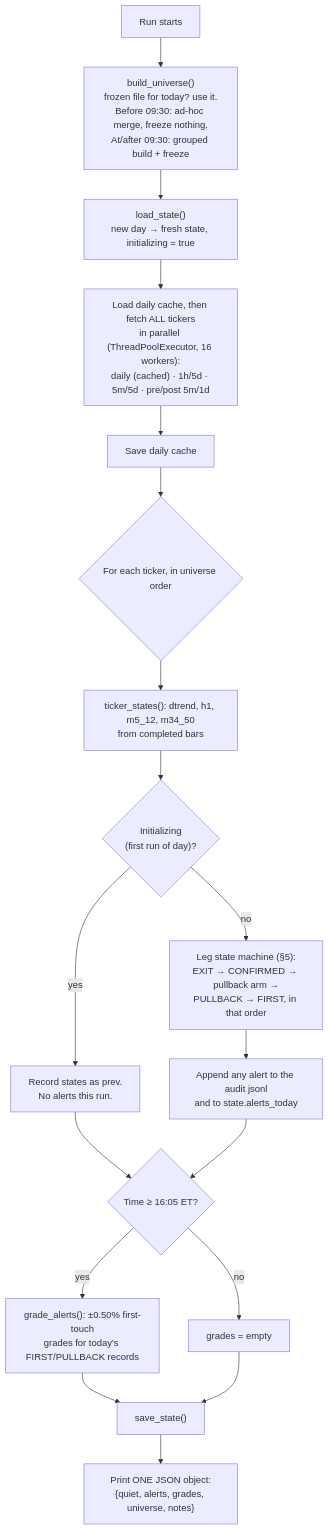
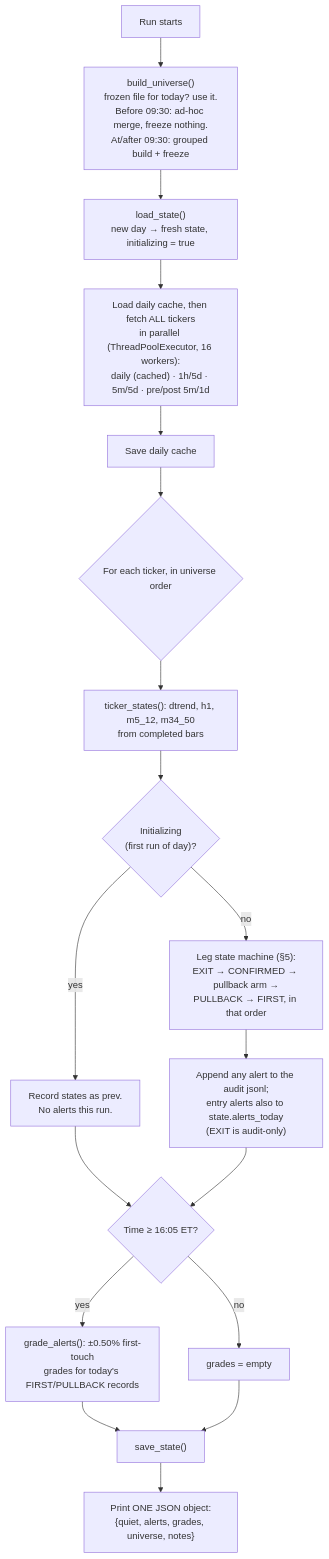
One commit to itsmerajs/IntradayClouds changed the second of 3 diagrams in README.md. Above: the diagram before and after it, drawn with Mermaid. The commit also changed other lines of this file, not shown here.

Commit message:
README reverify pass: 7 corrections (stopword count, EXIT alerts_today scope, skipped-candidate fields, expiry wording, bench tagging, diagram fix)

````diff
--- a/README.md
+++ b/README.md
@@ -150,20 +150,20 @@
 ```mermaid
 flowchart TD
     A["Run starts"] --> B["build_universe()<br/>frozen file for today? use it.<br/>Before 09:30: ad-hoc merge, freeze nothing.<br/>At/after 09:30: grouped build + freeze"]
     B --> C["load_state()<br/>new day → fresh state, initializing = true"]
     C --> D["Load daily cache, then fetch ALL tickers<br/>in parallel (ThreadPoolExecutor, 16 workers):<br/>daily (cached) · 1h/5d · 5m/5d · pre/post 5m/1d"]
     D --> E["Save daily cache"]
     E --> F{"For each ticker, in universe order"}
     F --> G["ticker_states(): dtrend, h1, m5_12, m34_50<br/>from completed bars"]
     G --> H{"Initializing<br/>(first run of day)?"}
     H -- yes --> I["Record states as prev.<br/>No alerts this run."]
     H -- no --> J["Leg state machine (§5):<br/>EXIT → CONFIRMED → pullback arm →<br/>PULLBACK → FIRST, in that order"]
-    J --> K["Append any alert to the audit jsonl<br/>and to state.alerts_today"]
+    J --> K["Append any alert to the audit jsonl;<br/>entry alerts also to state.alerts_today<br/>(EXIT is audit-only)"]
     I --> L{"Time ≥ 16:05 ET?"}
     K --> L
     L -- yes --> M["grade_alerts(): ±0.50% first-touch<br/>grades for today's FIRST/PULLBACK records"]
     L -- no --> N["grades = empty"]
     M --> O["save_state()"]
     N --> O
     O --> P["Print ONE JSON object:<br/>{quiet, alerts, grades, universe, notes}"]
 ```
````
